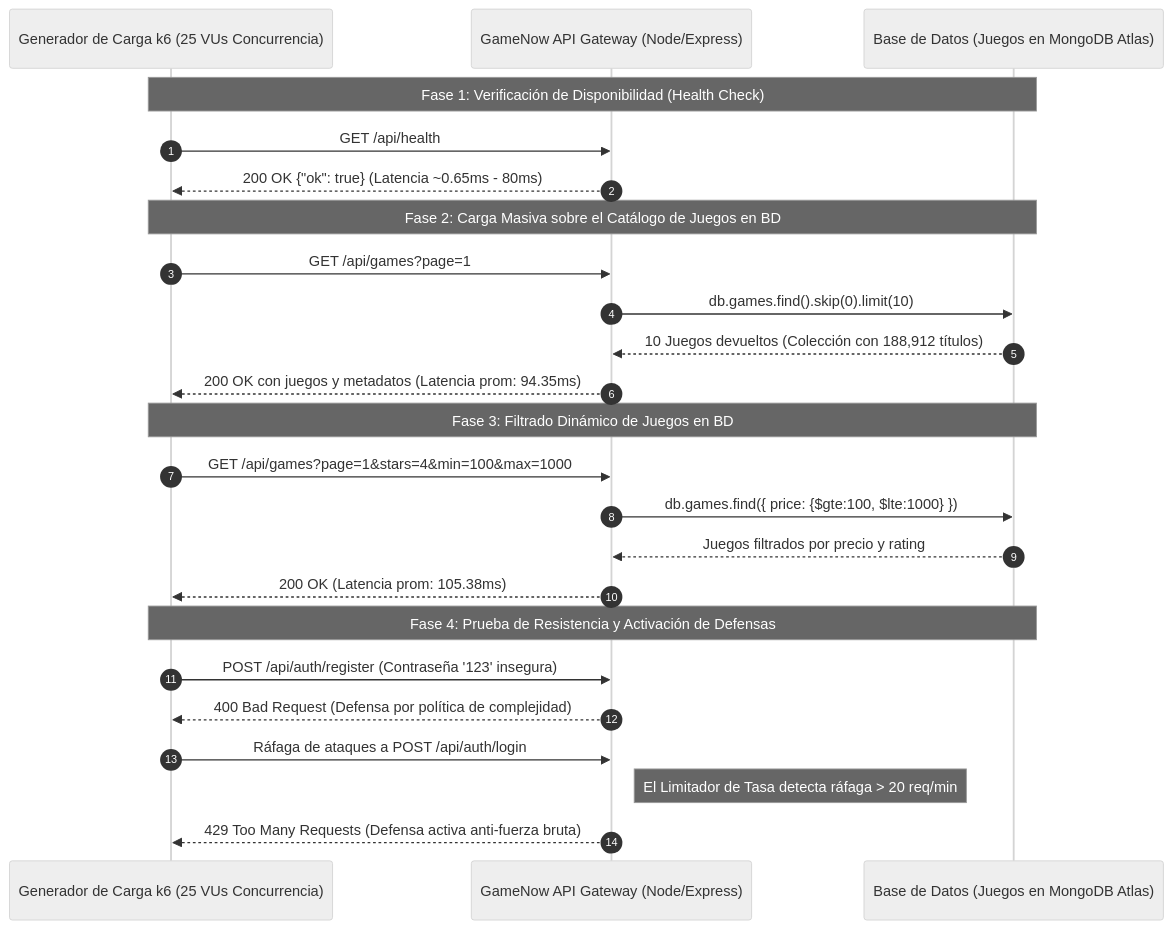
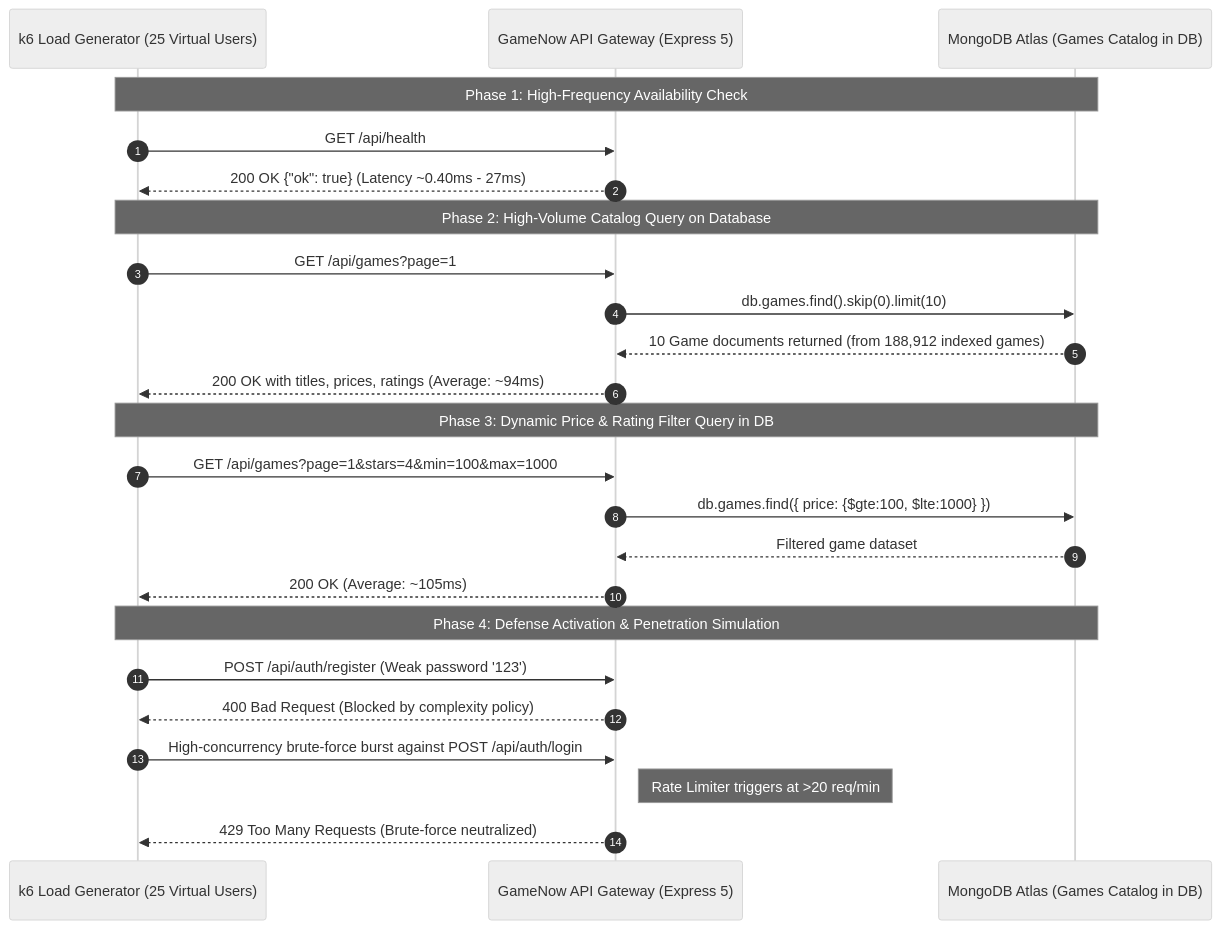
The fourth of 4 diagrams in readme.md (DiegoBanuelosS/GameNow), drawn with Mermaid (neutral theme) before and after one commit. The commit also changed other lines of this file, not shown here.

````diff
--- a/readme.md
+++ b/readme.md
@@ -310,31 +347,31 @@
 ```mermaid
 sequenceDiagram
     autonumber
-    participant K6 as Generador de Carga k6 (25 VUs Concurrencia)
-    participant API as GameNow API Gateway (Node/Express)
-    participant MONGODB as Base de Datos (Juegos en MongoDB Atlas)
+    participant K6 as k6 Load Generator (25 Virtual Users)
+    participant API as GameNow API Gateway (Express 5)
+    participant DB as MongoDB Atlas (Games Catalog in DB)
 
-    Note over K6, MONGODB: Fase 1: Verificación de Disponibilidad (Health Check)
+    Note over K6, DB: Phase 1: High-Frequency Availability Check
     K6->>API: GET /api/health
-    API-->>K6: 200 OK {"ok": true} (Latencia ~0.65ms - 80ms)
+    API-->>K6: 200 OK {"ok": true} (Latency ~0.40ms - 27ms)
 
-    Note over K6, MONGODB: Fase 2: Carga Masiva sobre el Catálogo de Juegos en BD
+    Note over K6, DB: Phase 2: High-Volume Catalog Query on Database
     K6->>API: GET /api/games?page=1
-    API->>MONGODB: db.games.find().skip(0).limit(10)
-    MONGODB-->>API: 10 Juegos devueltos (Colección con 188,912 títulos)
-    API-->>K6: 200 OK con juegos y metadatos (Latencia prom: 94.35ms)
+    API->>DB: db.games.find().skip(0).limit(10)
+    DB-->>API: 10 Game documents returned (from 188,912 indexed games)
+    API-->>K6: 200 OK with titles, prices, ratings (Average: ~94ms)
 
-    Note over K6, MONGODB: Fase 3: Filtrado Dinámico de Juegos en BD
+    Note over K6, DB: Phase 3: Dynamic Price & Rating Filter Query in DB
     K6->>API: GET /api/games?page=1&stars=4&min=100&max=1000
-    API->>MONGODB: db.games.find({ price: {$gte:100, $lte:1000} })
-    MONGODB-->>API: Juegos filtrados por precio y rating
-    API-->>K6: 200 OK (Latencia prom: 105.38ms)
+    API->>DB: db.games.find({ price: {$gte:100, $lte:1000} })
+    DB-->>API: Filtered game dataset
+    API-->>K6: 200 OK (Average: ~105ms)
 
-    Note over K6, MONGODB: Fase 4: Prueba de Resistencia y Activación de Defensas
-    K6->>API: POST /api/auth/register (Contraseña '123' insegura)
-    API-->>K6: 400 Bad Request (Defensa por política de complejidad)
-    
-    K6->>API: Ráfaga de ataques a POST /api/auth/login
-    Note right of API: El Limitador de Tasa detecta ráfaga > 20 req/min
-    API-->>K6: 429 Too Many Requests (Defensa activa anti-fuerza bruta)
+    Note over K6, DB: Phase 4: Defense Activation & Penetration Simulation
+    K6->>API: POST /api/auth/register (Weak password '123')
+    API-->>K6: 400 Bad Request (Blocked by complexity policy)
+
+    K6->>API: High-concurrency brute-force burst against POST /api/auth/login
+    Note right of API: Rate Limiter triggers at >20 req/min
+    API-->>K6: 429 Too Many Requests (Brute-force neutralized)
 ```
````
